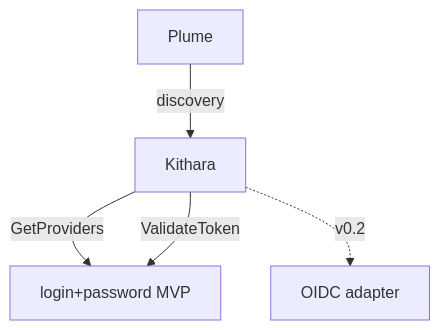
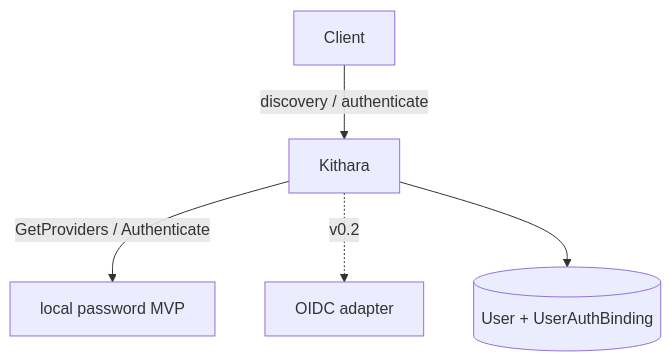
The diagram in docs/architecture/domains/auth-adapters.md (Bardie-radio/bardie-kithara), drawn with Mermaid before and after one commit. The commit also changed other lines of this file and 37 other files, not shown here.

Commit message:
Refactor architecture documentation to clarify audio processing and module interactions.

````diff
--- a/docs/architecture/domains/auth-adapters.md
+++ b/docs/architecture/domains/auth-adapters.md
@@ -3,7 +5,7 @@
 ```mermaid
 flowchart TB
-  Plume -->|discovery| Kithara
-  Kithara -->|GetProviders| Local[login+password MVP]
-  Kithara -->|ValidateToken| Local
+  Client -->|discovery / authenticate| Kithara
+  Kithara -->|GetProviders / Authenticate| Local[local password MVP]
   Kithara -.->|v0.2| OIDC[OIDC adapter]
+  Kithara --> DB[(User + UserAuthBinding)]
 ```
````
